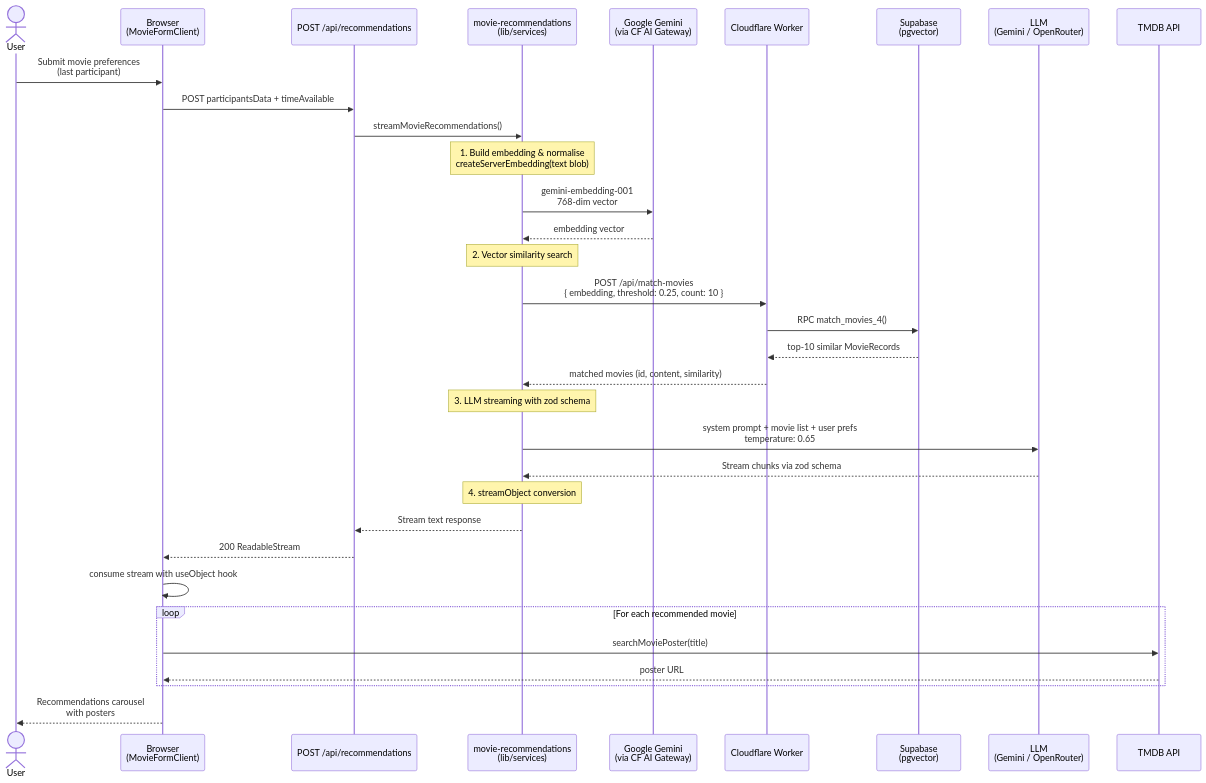
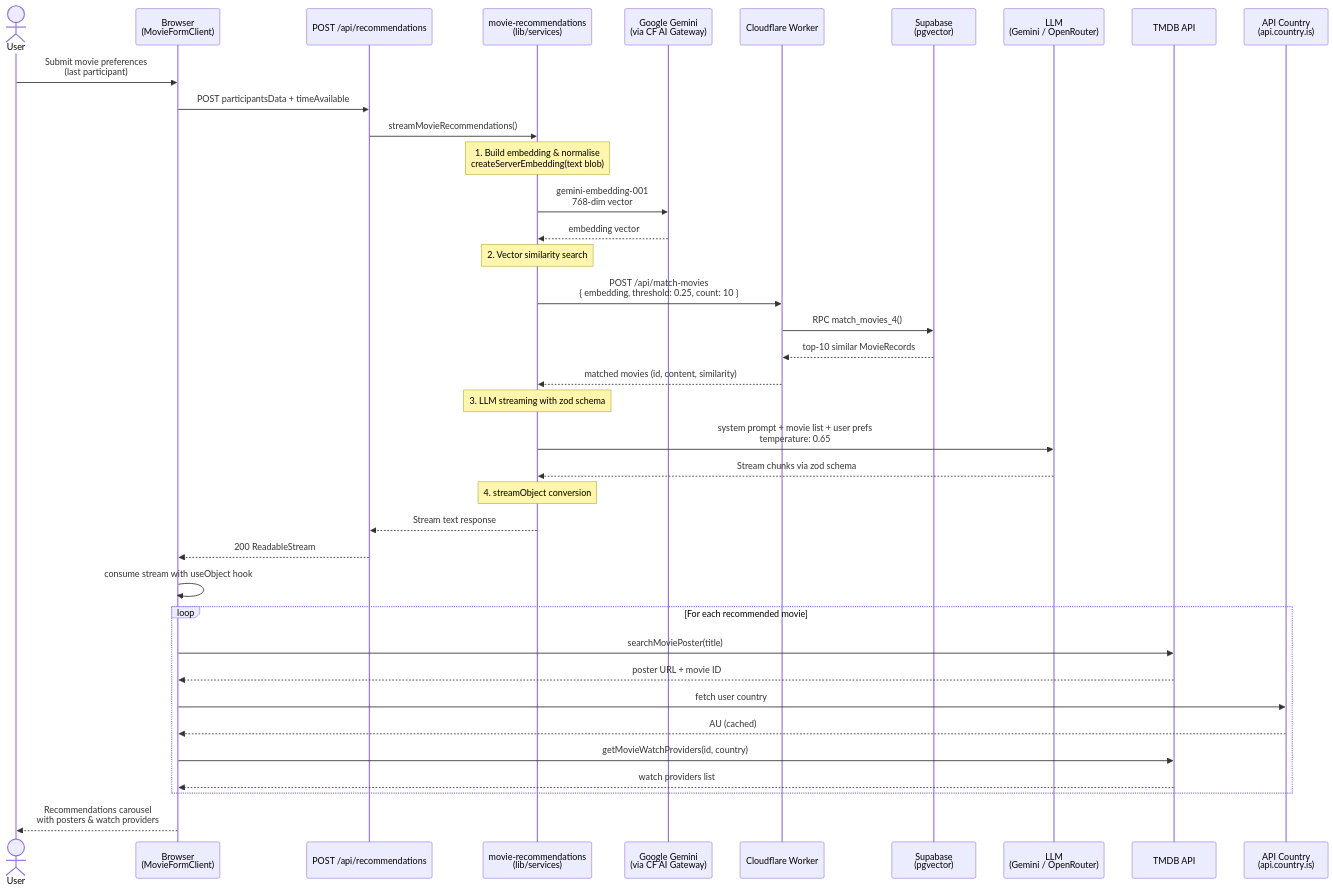
One commit to CodeHunt101/plotline-ai changed the third of 3 diagrams in README.md. Above: the diagram before and after it, drawn with Mermaid. The commit also changed other lines of this file and 10 other files, not shown here.

First line of the commit message:
feat: enhance movie recommendations with user country-based watch providers

````diff
--- a/README.md
+++ b/README.md
@@ -96,47 +96,52 @@
 ```mermaid
 sequenceDiagram
     actor User
     participant Browser as Browser<br/>(MovieFormClient)
     participant RecAPI as POST /api/recommendations
     participant Pipeline as movie-recommendations<br/>(lib/services)
     participant Gemini as Google Gemini<br/>(via CF AI Gateway)
     participant CFWorker as Cloudflare Worker
     participant Supabase as Supabase<br/>(pgvector)
     participant LLM as LLM<br/>(Gemini / OpenRouter)
     participant TMDB as TMDB API
+    participant API_Country as API Country<br/>(api.country.is)
 
     User->>Browser: Submit movie preferences<br/>(last participant)
     Browser->>RecAPI: POST participantsData + timeAvailable
     RecAPI->>Pipeline: streamMovieRecommendations()
 
     Note over Pipeline: 1. Build embedding & normalise<br/>createServerEmbedding(text blob)
 
     Pipeline->>Gemini: gemini-embedding-001<br/>768-dim vector
     Gemini-->>Pipeline: embedding vector
 
     Note over Pipeline: 2. Vector similarity search
 
     Pipeline->>CFWorker: POST /api/match-movies<br/>{ embedding, threshold: 0.25, count: 10 }
     CFWorker->>Supabase: RPC match_movies_4()
     Supabase-->>CFWorker: top-10 similar MovieRecords
     CFWorker-->>Pipeline: matched movies (id, content, similarity)
 
     Note over Pipeline: 3. LLM streaming with zod schema
 
     Pipeline->>LLM: system prompt + movie list + user prefs<br/>temperature: 0.65
     LLM-->>Pipeline: Stream chunks via zod schema
 
     Note over Pipeline: 4. streamObject conversion
 
     Pipeline-->>RecAPI: Stream text response
     RecAPI-->>Browser: 200 ReadableStream
 
     Browser->>Browser: consume stream with useObject hook
 
     loop For each recommended movie
         Browser->>TMDB: searchMoviePoster(title)
-        TMDB-->>Browser: poster URL
+        TMDB-->>Browser: poster URL + movie ID
+        Browser->>API_Country: fetch user country
+        API_Country-->>Browser: AU (cached)
+        Browser->>TMDB: getMovieWatchProviders(id, country)
+        TMDB-->>Browser: watch providers list
     end
 
-    Browser-->>User: Recommendations carousel<br/>with posters
+    Browser-->>User: Recommendations carousel<br/>with posters & watch providers
 ```
````
